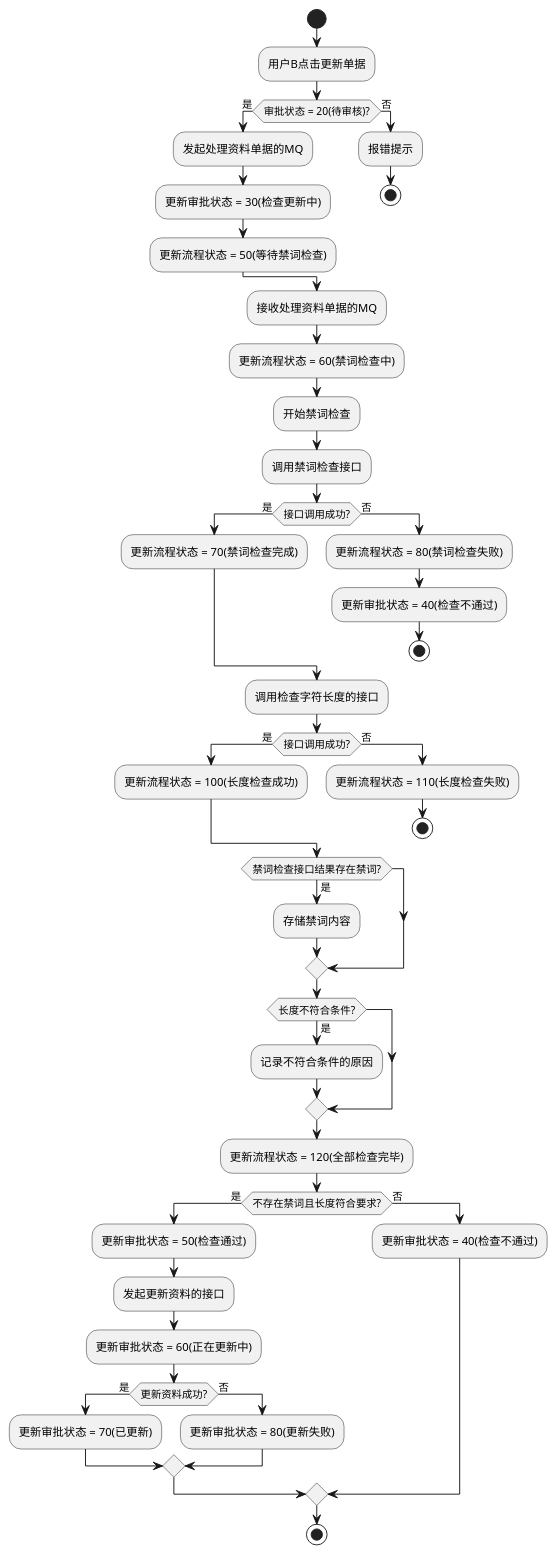
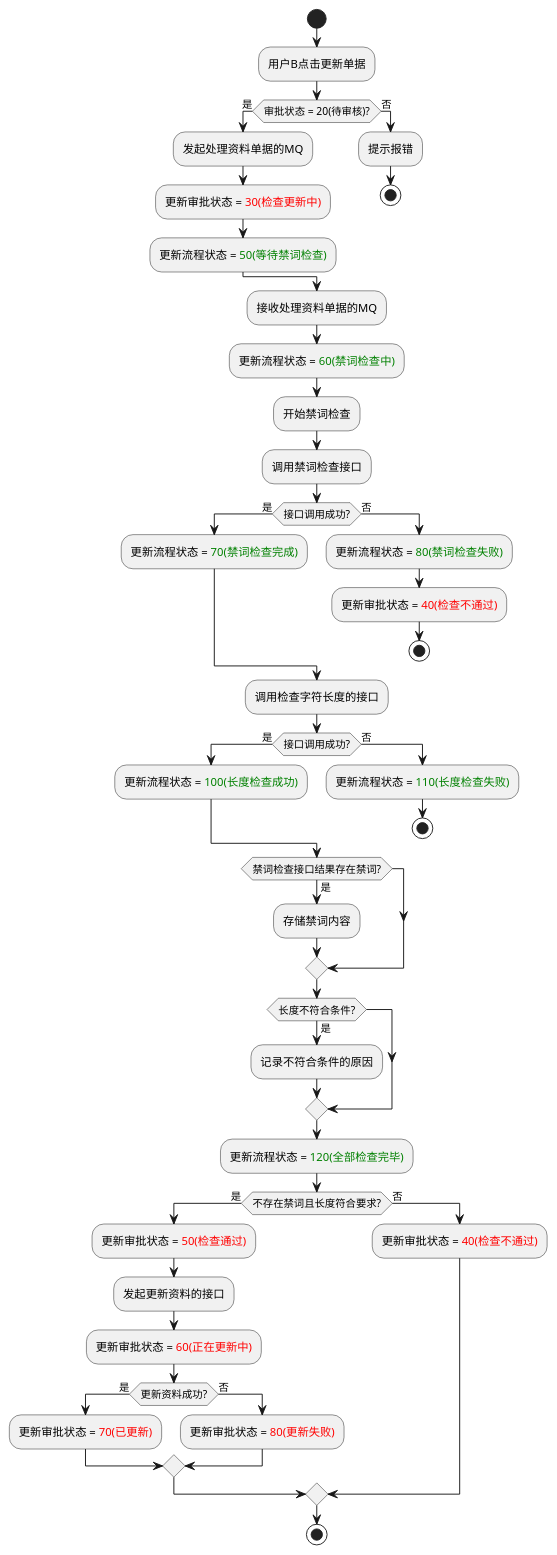
The diagram in uml/小语种资料变更管理/流程图-单据更新和忽略.puml (shallowdream1997/ShallowDream-LeetCode-PHP), drawn with PlantUML before and after one commit. The commit also changed 4 other files, not shown here.

```diff
--- a/uml/小语种资料变更管理/流程图-单据更新和忽略.puml
+++ b/uml/小语种资料变更管理/流程图-单据更新和忽略.puml
@@ -1,62 +1,62 @@
 @startuml
 start
 
 :用户B点击更新单据;
 
 if (审批状态 = 20(待审核)?) then (是)
     :发起处理资料单据的MQ;
-    :更新审批状态 = 30(检查更新中);
-    :更新流程状态 = 50(等待禁词检查);
+    :更新审批状态 = <color:red>30(检查更新中)</color>;
+    :更新流程状态 = <color:green>50(等待禁词检查)</color>;
 else (否)
-    :报错提示;
+    :提示报错;
     stop
 endif
 
 :接收处理资料单据的MQ;
-:更新流程状态 = 60(禁词检查中);
+:更新流程状态 = <color:green>60(禁词检查中)</color>;
 :开始禁词检查;
 :调用禁词检查接口;
 
 if (接口调用成功?) then (是)
-    :更新流程状态 = 70(禁词检查完成);
+    :更新流程状态 = <color:green>70(禁词检查完成)</color>;
 else (否)
-    :更新流程状态 = 80(禁词检查失败);
-    :更新审批状态 = 40(检查不通过);
+    :更新流程状态 = <color:green>80(禁词检查失败)</color>;
+    :更新审批状态 = <color:red>40(检查不通过)</color>;
     stop
 endif
 
 :调用检查字符长度的接口;
 
 if (接口调用成功?) then (是)
-    :更新流程状态 = 100(长度检查成功);
+    :更新流程状态 = <color:green>100(长度检查成功)</color>;
 else (否)
-    :更新流程状态 = 110(长度检查失败);
+    :更新流程状态 = <color:green>110(长度检查失败)</color>;
     stop
 endif
 
 if (禁词检查接口结果存在禁词?) then (是)
     :存储禁词内容;
 endif
 
 if (长度不符合条件?) then (是)
     :记录不符合条件的原因;
 endif
 
-:更新流程状态 = 120(全部检查完毕);
+:更新流程状态 = <color:green>120(全部检查完毕)</color>;
 
 if (不存在禁词且长度符合要求?) then (是)
-    :更新审批状态 = 50(检查通过);
+    :更新审批状态 = <color:red>50(检查通过)</color>;
     :发起更新资料的接口;
-    :更新审批状态 = 60(正在更新中);
+    :更新审批状态 = <color:red>60(正在更新中)</color>;
 
     if (更新资料成功?) then (是)
-        :更新审批状态 = 70(已更新);
+        :更新审批状态 = <color:red>70(已更新)</color>;
     else (否)
-        :更新审批状态 = 80(更新失败);
+        :更新审批状态 = <color:red>80(更新失败)</color>;
     endif
 else (否)
-    :更新审批状态 = 40(检查不通过);
+    :更新审批状态 = <color:red>40(检查不通过)</color>;
 endif
 
 stop
 @enduml
```
